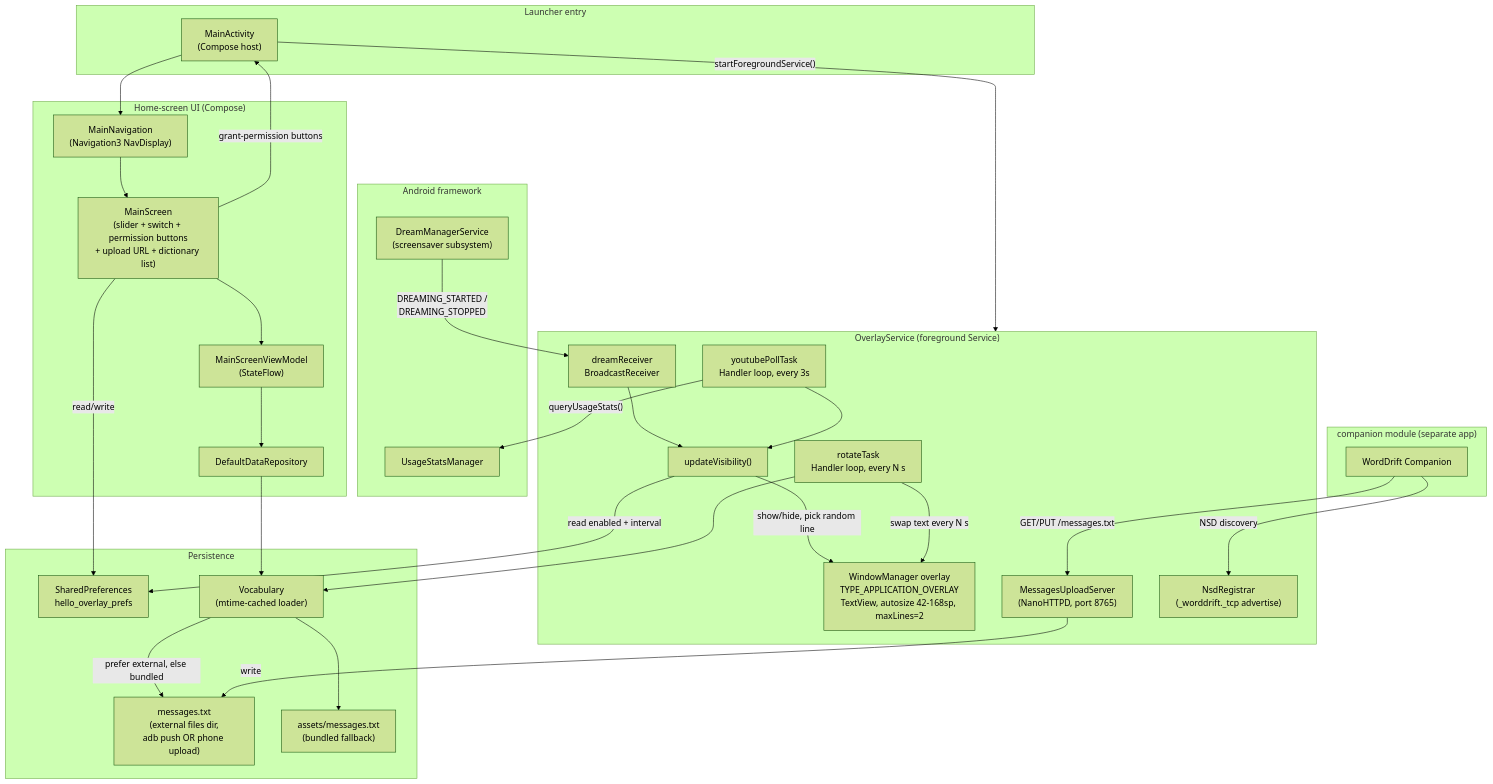
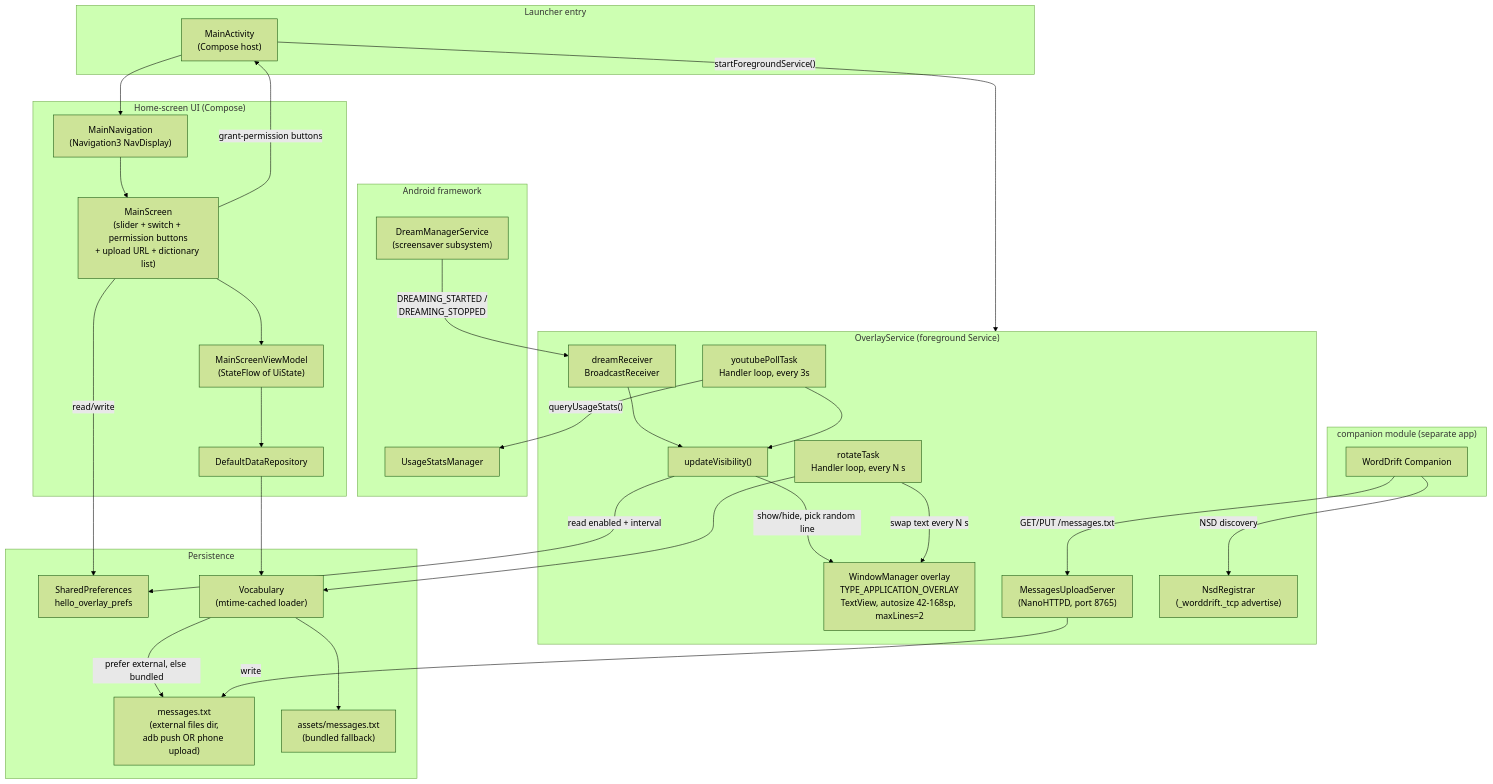
One commit to persianoff/WordDrift changed the first of 3 diagrams in ARCHITECTURE.md. Above: the diagram before and after it, drawn with Mermaid (forest theme). The commit also changed other lines of this file, not shown here.

First line of the commit message:
Fix Mermaid syntax error in ARCHITECTURE.md that broke GitHub rendering

````diff
--- a/ARCHITECTURE.md
+++ b/ARCHITECTURE.md
@@ -18,60 +18,60 @@
 ```mermaid
 flowchart TB
     subgraph Launcher["Launcher entry"]
         MA["MainActivity\n(Compose host)"]
     end
 
     subgraph UI["Home-screen UI (Compose)"]
         NAV["MainNavigation\n(Navigation3 NavDisplay)"]
         MS["MainScreen\n(slider + switch + permission buttons\n+ upload URL + dictionary list)"]
-        VM["MainScreenViewModel\n(StateFlow<UiState>)"]
+        VM["MainScreenViewModel\n(StateFlow of UiState)"]
         REPO["DefaultDataRepository"]
     end
 
     subgraph OS["OverlayService (foreground Service)"]
         WIN["WindowManager overlay\nTYPE_APPLICATION_OVERLAY\nTextView, autosize 42-168sp, maxLines=2"]
         DREAM["dreamReceiver\nBroadcastReceiver"]
         POLL["youtubePollTask\nHandler loop, every 3s"]
         ROT["rotateTask\nHandler loop, every N s"]
         VIS["updateVisibility()"]
         HTTP["MessagesUploadServer\n(NanoHTTPD, port 8765)"]
         NSD["NsdRegistrar\n(_worddrift._tcp advertise)"]
     end
 
     subgraph Android["Android framework"]
         DMS["DreamManagerService\n(screensaver subsystem)"]
         USM["UsageStatsManager"]
     end
 
     subgraph Storage["Persistence"]
         PREFS["SharedPreferences\nhello_overlay_prefs"]
         VOCAB["Vocabulary\n(mtime-cached loader)"]
         FILE["messages.txt\n(external files dir,\nadb push OR phone upload)"]
         ASSET["assets/messages.txt\n(bundled fallback)"]
     end
 
     subgraph Phone["companion module (separate app)"]
         CA["WordDrift Companion"]
     end
 
     MA -- "startForegroundService()" --> OS
     MA --> NAV --> MS
     MS --> VM --> REPO --> VOCAB
     MS -- "read/write" --> PREFS
     MS -- "grant-permission buttons" --> MA
 
     DMS -- "DREAMING_STARTED /\nDREAMING_STOPPED" --> DREAM
     DREAM --> VIS
     POLL -- "queryUsageStats()" --> USM
     POLL --> VIS
     VIS -- "read enabled + interval" --> PREFS
     VIS -- "show/hide, pick random line" --> WIN
     ROT -- "swap text every N s" --> WIN
     ROT --> VOCAB
     VOCAB -- "prefer external, else bundled" --> FILE
     VOCAB --> ASSET
 
     CA -- "NSD discovery" --> NSD
     CA -- "GET/PUT /messages.txt" --> HTTP
     HTTP -- "write" --> FILE
 ```
````
